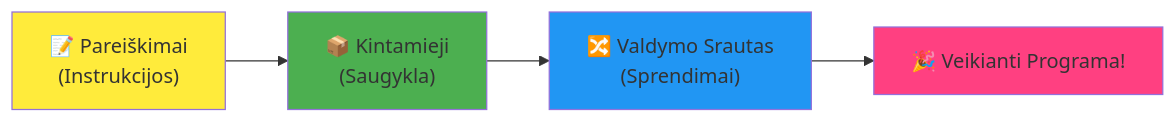
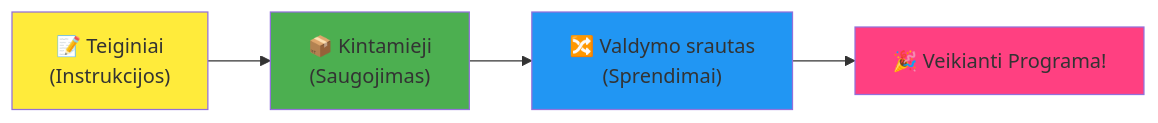
The fourth of 7 diagrams in translations/lt/1-getting-started-lessons/1-intro-to-programming-languages/README.md (microsoft/Web-Dev-For-Beginners), drawn with Mermaid before and after one commit. The commit also changed other lines of this file and 11 other files, not shown here.

````diff
--- a/translations/lt/1-getting-started-lessons/1-intro-to-programming-languages/README.md
+++ b/translations/lt/1-getting-started-lessons/1-intro-to-programming-languages/README.md
@@ -467,9 +467,9 @@
 ```mermaid
 flowchart LR
-    A["📝 Pareiškimai<br/>(Instrukcijos)"] --> B["📦 Kintamieji<br/>(Saugykla)"] --> C["🔀 Valdymo Srautas<br/>(Sprendimai)"] --> D["🎉 Veikianti Programa!"]
+    A["📝 Teiginiai<br/>(Instrukcijos)"] --> B["📦 Kintamieji<br/>(Saugojimas)"] --> C["🔀 Valdymo srautas<br/>(Sprendimai)"] --> D["🎉 Veikianti Programa!"]
     
     style A fill:#ffeb3b
     style B fill:#4caf50
     style C fill:#2196f3
     style D fill:#ff4081
 ```
````
